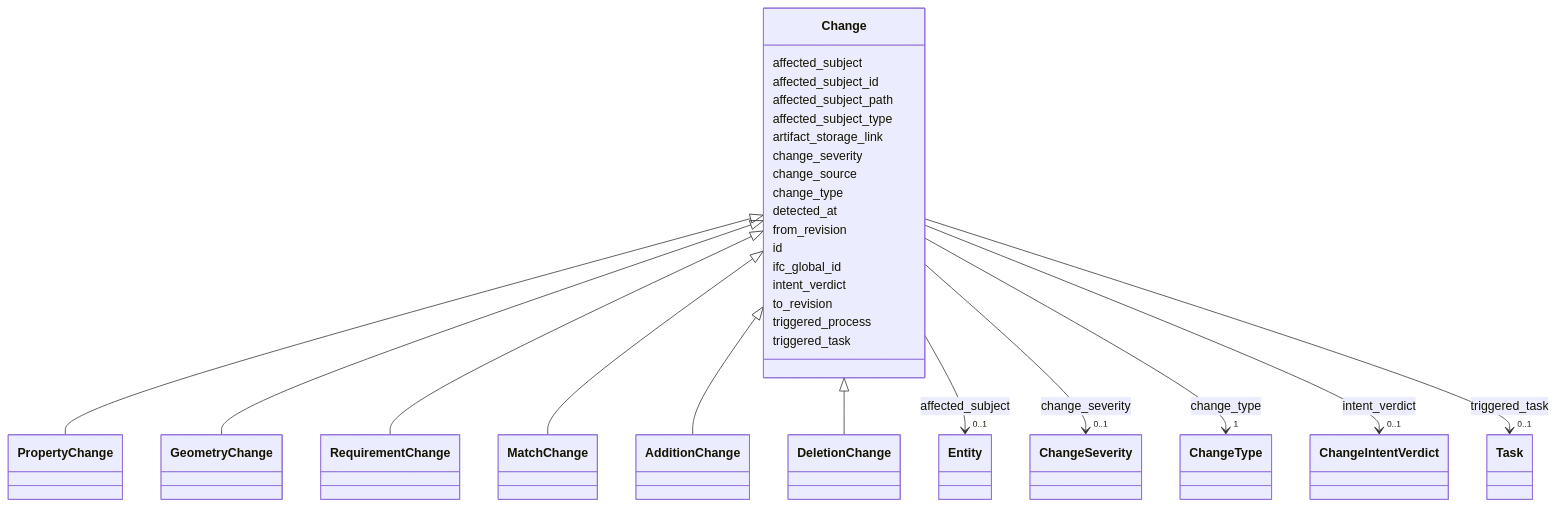
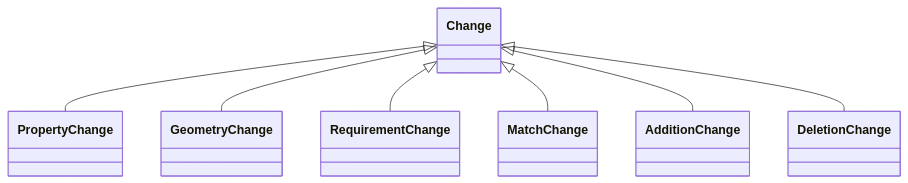
Before and after one commit to simondilhas/pragmatic-bim-data-contract: the diagram in site/.md-src/schema/Change.md, drawn with Mermaid. The commit also changed 561 other files, not shown here.

First line of the commit message:
Integrate Mermaid and Panzoom for enhanced documentation visualization

````diff
--- a/site/.md-src/schema/Change.md
+++ b/site/.md-src/schema/Change.md
@@ -27,43 +27,23 @@
 ```mermaid
- classDiagram
-    class Change
-    click Change href "./Change.html"
-      Change <|-- PropertyChange
-        click PropertyChange href "./PropertyChange.html"
-      Change <|-- GeometryChange
-        click GeometryChange href "./GeometryChange.html"
-      Change <|-- RequirementChange
-        click RequirementChange href "./RequirementChange.html"
-      Change <|-- MatchChange
-        click MatchChange href "./MatchChange.html"
-      Change <|-- AdditionChange
-        click AdditionChange href "./AdditionChange.html"
-      Change <|-- DeletionChange
-        click DeletionChange href "./DeletionChange.html"
-      Change : affected_subject
-        Change --> "0..1" Entity : affected_subject
-        click Entity href "./Entity.html"
-      Change : affected_subject_id
-      Change : affected_subject_path
-      Change : affected_subject_type
-      Change : artifact_storage_link
-      Change : change_severity
-        Change --> "0..1" ChangeSeverity : change_severity
-        click ChangeSeverity href "./ChangeSeverity.html"
-      Change : change_source
-      Change : change_type
-        Change --> "1" ChangeType : change_type
-        click ChangeType href "./ChangeType.html"
-      Change : detected_at
-      Change : from_revision
-      Change : id
-      Change : ifc_global_id
-      Change : intent_verdict
-        Change --> "0..1" ChangeIntentVerdict : intent_verdict
-        click ChangeIntentVerdict href "./ChangeIntentVerdict.html"
-      Change : to_revision
-      Change : triggered_process
-      Change : triggered_task
-        Change --> "0..1" Task : triggered_task
-        click Task href "./Task.html"
+classDiagram
+direction TB
+class Change
+click Change href "./Change.html" _blank
+Change <|-- PropertyChange
+click PropertyChange href "./PropertyChange.html" _blank
+Change <|-- GeometryChange
+click GeometryChange href "./GeometryChange.html" _blank
+Change <|-- RequirementChange
+click RequirementChange href "./RequirementChange.html" _blank
+Change <|-- MatchChange
+click MatchChange href "./MatchChange.html" _blank
+Change <|-- AdditionChange
+click AdditionChange href "./AdditionChange.html" _blank
+Change <|-- DeletionChange
+click DeletionChange href "./DeletionChange.html" _blank
+click Entity href "./Entity.html" _blank
+click ChangeSeverity href "./ChangeSeverity.html" _blank
+click ChangeType href "./ChangeType.html" _blank
+click ChangeIntentVerdict href "./ChangeIntentVerdict.html" _blank
+click Task href "./Task.html" _blank
 ```
````
